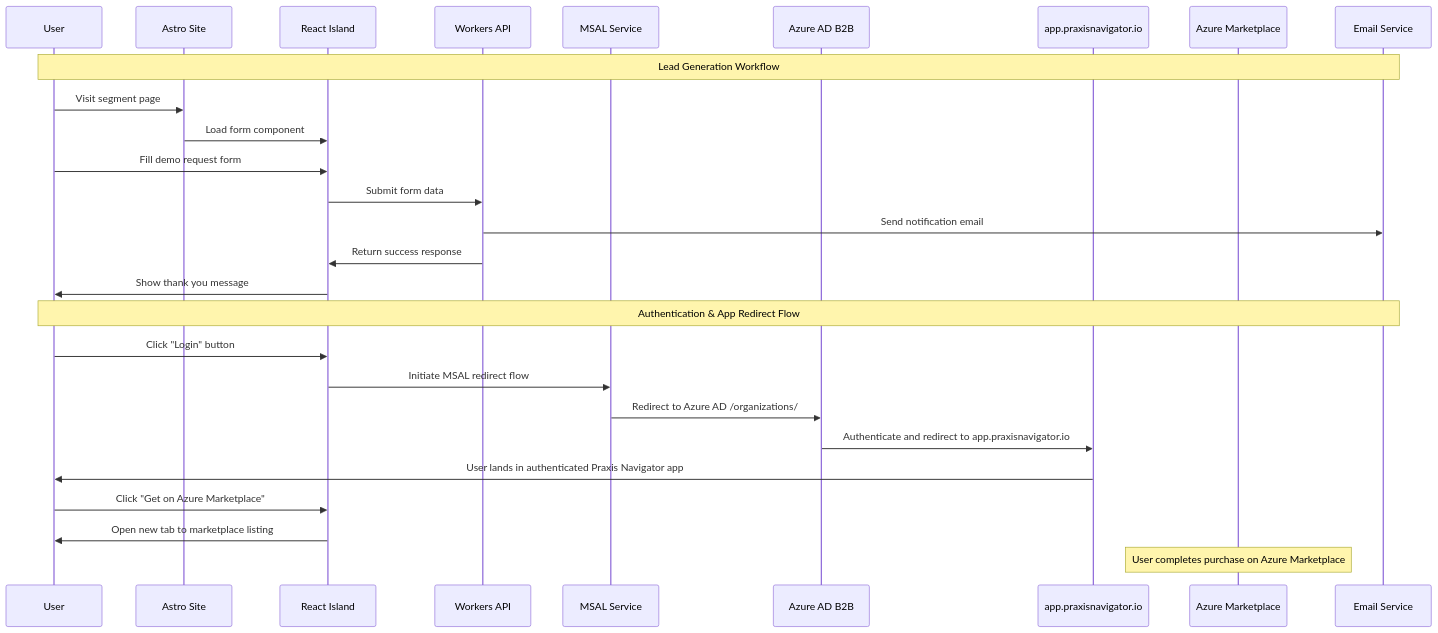
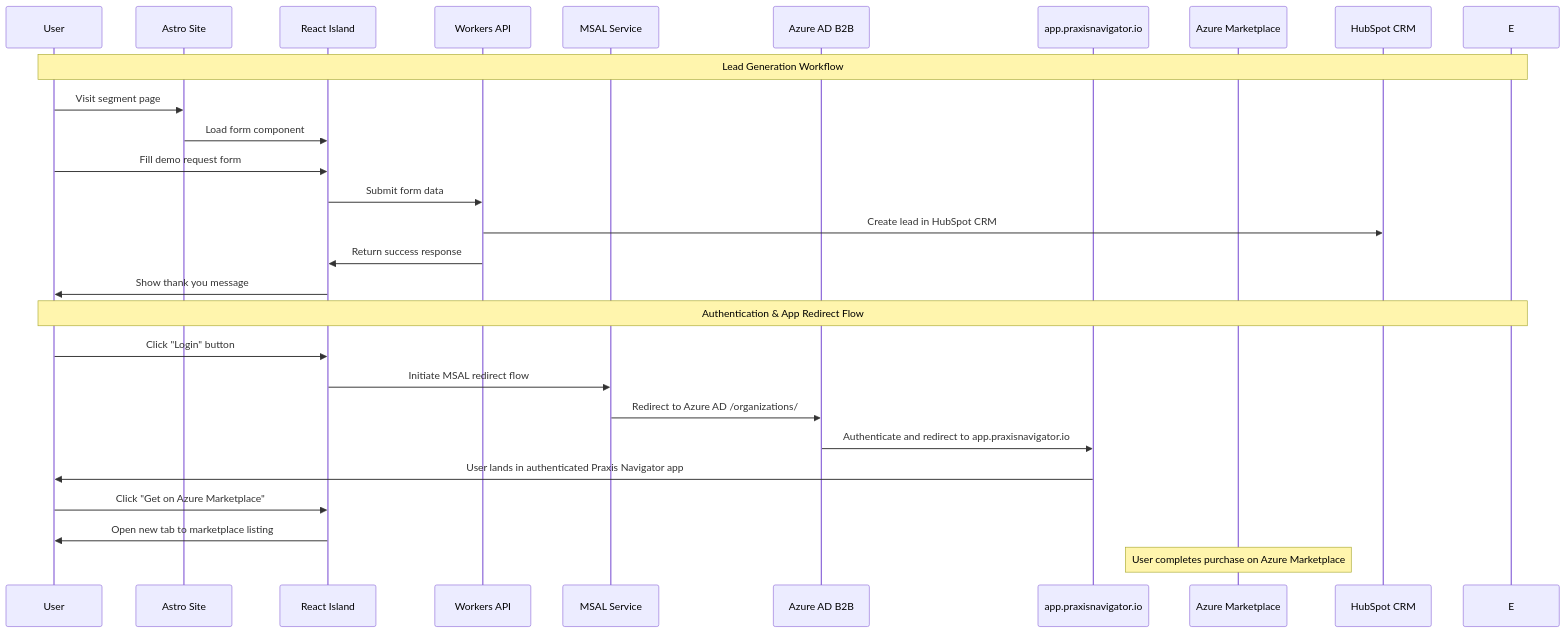
The third of 5 diagrams in docs/architecture.md (Praxis-Security-Labs/website), drawn with Mermaid before and after one commit. The commit also changed other lines of this file and 3 other files, not shown here.

````diff
--- a/docs/architecture.md
+++ b/docs/architecture.md
@@ -600,31 +615,31 @@
 ```mermaid
 sequenceDiagram
     participant U as User
     participant A as Astro Site
     participant R as React Island
     participant W as Workers API
     participant M as MSAL Service
     participant AA as Azure AD B2B
     participant APP as app.praxisnavigator.io
     participant MP as Azure Marketplace
-    participant E as Email Service
+    participant H as HubSpot CRM
 
     Note over U,E: Lead Generation Workflow
     U->>A: Visit segment page
     A->>R: Load form component
     U->>R: Fill demo request form
     R->>W: Submit form data
-    W->>E: Send notification email
+    W->>H: Create lead in HubSpot CRM
     W->>R: Return success response
     R->>U: Show thank you message
 
     Note over U,E: Authentication & App Redirect Flow
     U->>R: Click "Login" button
     R->>M: Initiate MSAL redirect flow
     M->>AA: Redirect to Azure AD /organizations/
     AA->>APP: Authenticate and redirect to app.praxisnavigator.io
     APP->>U: User lands in authenticated Praxis Navigator app
     U->>R: Click "Get on Azure Marketplace"
     R->>U: Open new tab to marketplace listing
     Note over MP: User completes purchase on Azure Marketplace
 ```
````
